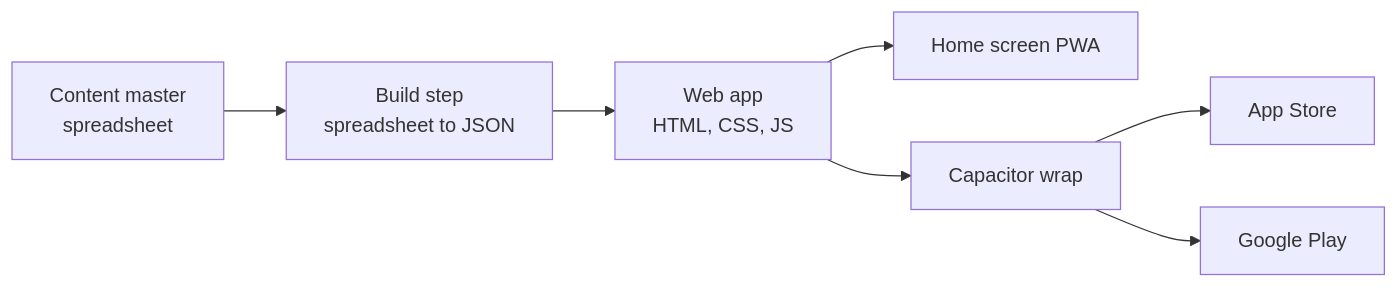
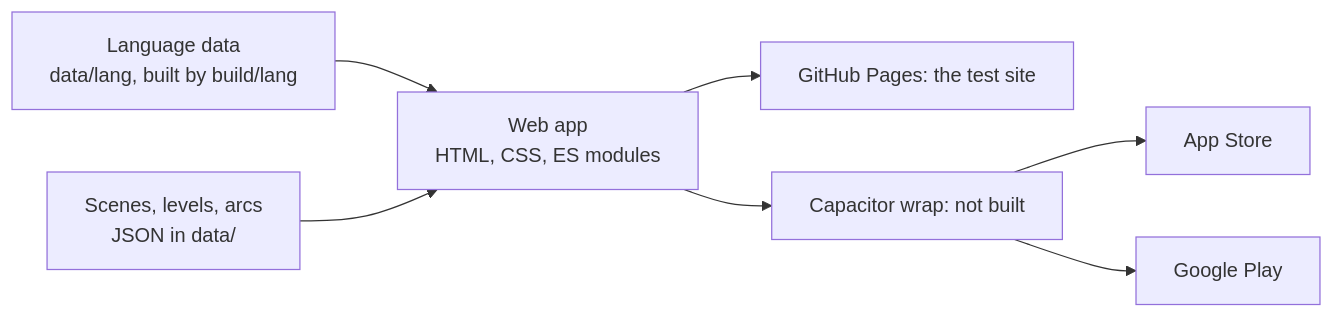
The diagram in docs/architecture/technical-plan.md (Baby-Isa/nani-jo-ghar), drawn with Mermaid before and after one commit. The commit also changed other lines of this file and 5 other files, not shown here.

First line of the commit message:
D1: architecture docs describe the code as built (target-model, shared-api, code-map, technical-plan, building-games, cook recipes guide)

````diff
--- a/docs/architecture/technical-plan.md
+++ b/docs/architecture/technical-plan.md
@@ -11,9 +9,9 @@
 ```mermaid
 flowchart LR
-  A[Content master<br/>spreadsheet] --> B[Build step<br/>spreadsheet to JSON]
-  B --> C[Web app<br/>HTML, CSS, JS]
-  C --> D[Home screen PWA]
-  C --> E[Capacitor wrap]
+  A[Language data<br/>data/lang, built by build/lang] --> C[Web app<br/>HTML, CSS, ES modules]
+  B[Scenes, levels, arcs<br/>JSON in data/] --> C
+  C --> D[GitHub Pages: the test site]
+  C --> E[Capacitor wrap: not built]
   E --> F[App Store]
   E --> G[Google Play]
 ```
````
